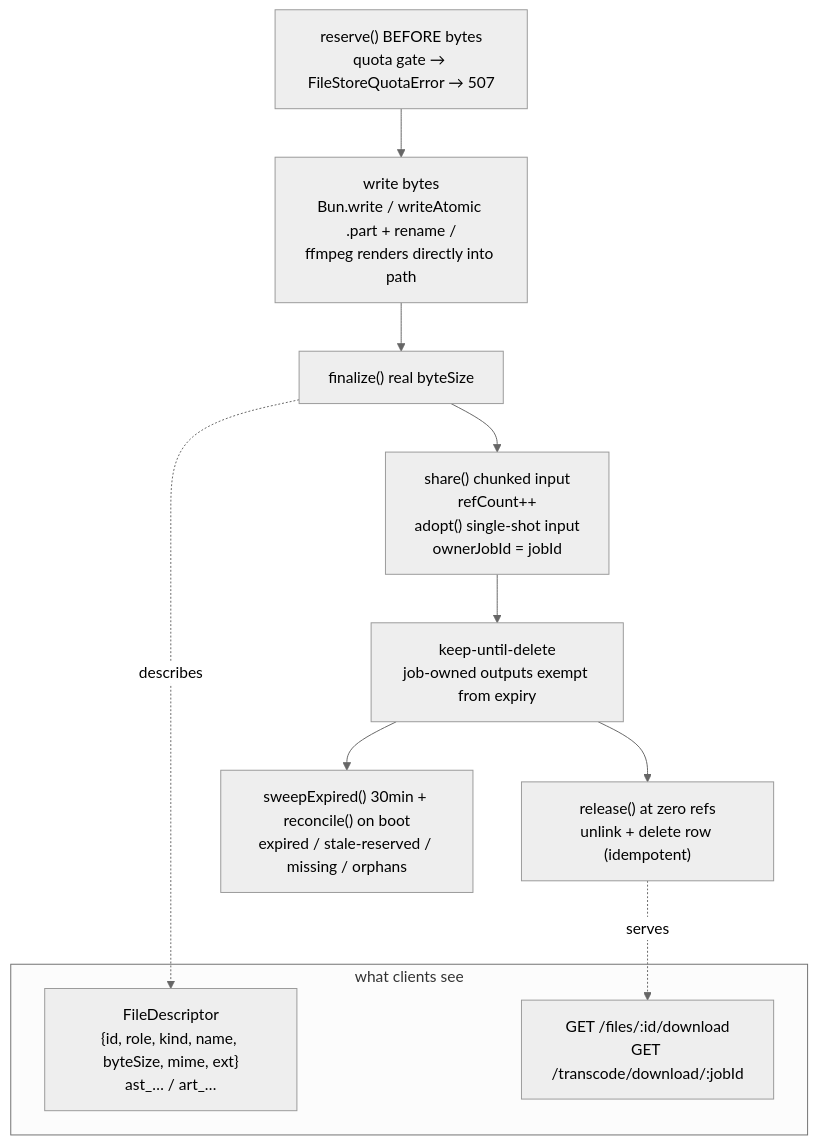
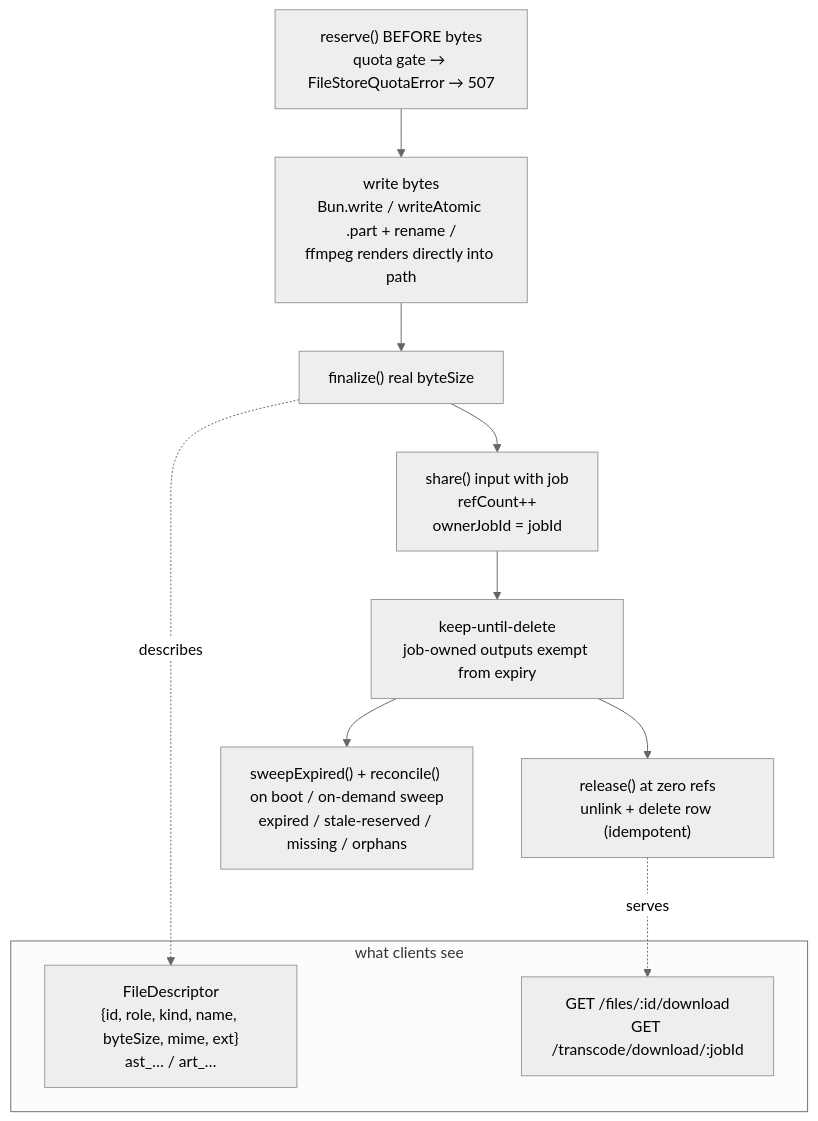
Before and after one commit to Iipal/ffmpego_editor: the sixth of 6 diagrams in apps/api/README.md, drawn with Mermaid (neutral theme). The commit also changed other lines of this file and 18 other files, not shown here.

````diff
--- a/apps/api/README.md
+++ b/apps/api/README.md
@@ -190,17 +189,17 @@
 ```mermaid
 flowchart TB
     R["reserve() BEFORE bytes<br/>quota gate → FileStoreQuotaError → 507"]
     R --> W["write bytes<br/>Bun.write / writeAtomic .part + rename /<br/>ffmpeg renders directly into path"]
     W --> F["finalize() real byteSize"]
-    F --> S["share() chunked input<br/>refCount++<br/>adopt() single-shot input<br/>ownerJobId = jobId"]
+    F --> S["share() input with job<br/>refCount++<br/>ownerJobId = jobId"]
     S --> K["keep-until-delete<br/>job-owned outputs exempt from expiry"]
     K --> RL["release() at zero refs<br/>unlink + delete row (idempotent)"]
-    K --> SW["sweepExpired() 30min + reconcile() on boot<br/>expired / stale-reserved / missing / orphans"]
+    K --> SW["sweepExpired() + reconcile() on boot / on-demand sweep<br/>expired / stale-reserved / missing / orphans"]
 
     subgraph Public["what clients see"]
         D["FileDescriptor<br/>{id, role, kind, name, byteSize, mime, ext}<br/>ast_… / art_…"]
         DL["GET /files/:id/download<br/>GET /transcode/download/:jobId"]
     end
     F -. describes .-> D
     RL -. serves .-> DL
 ```
````
